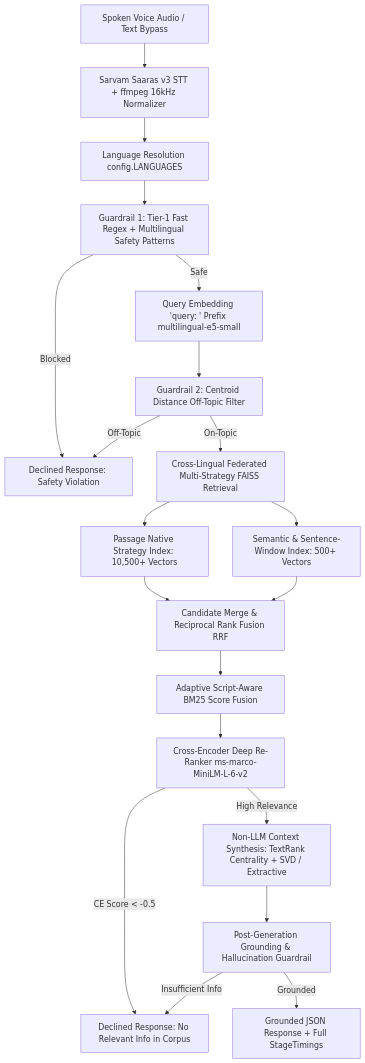
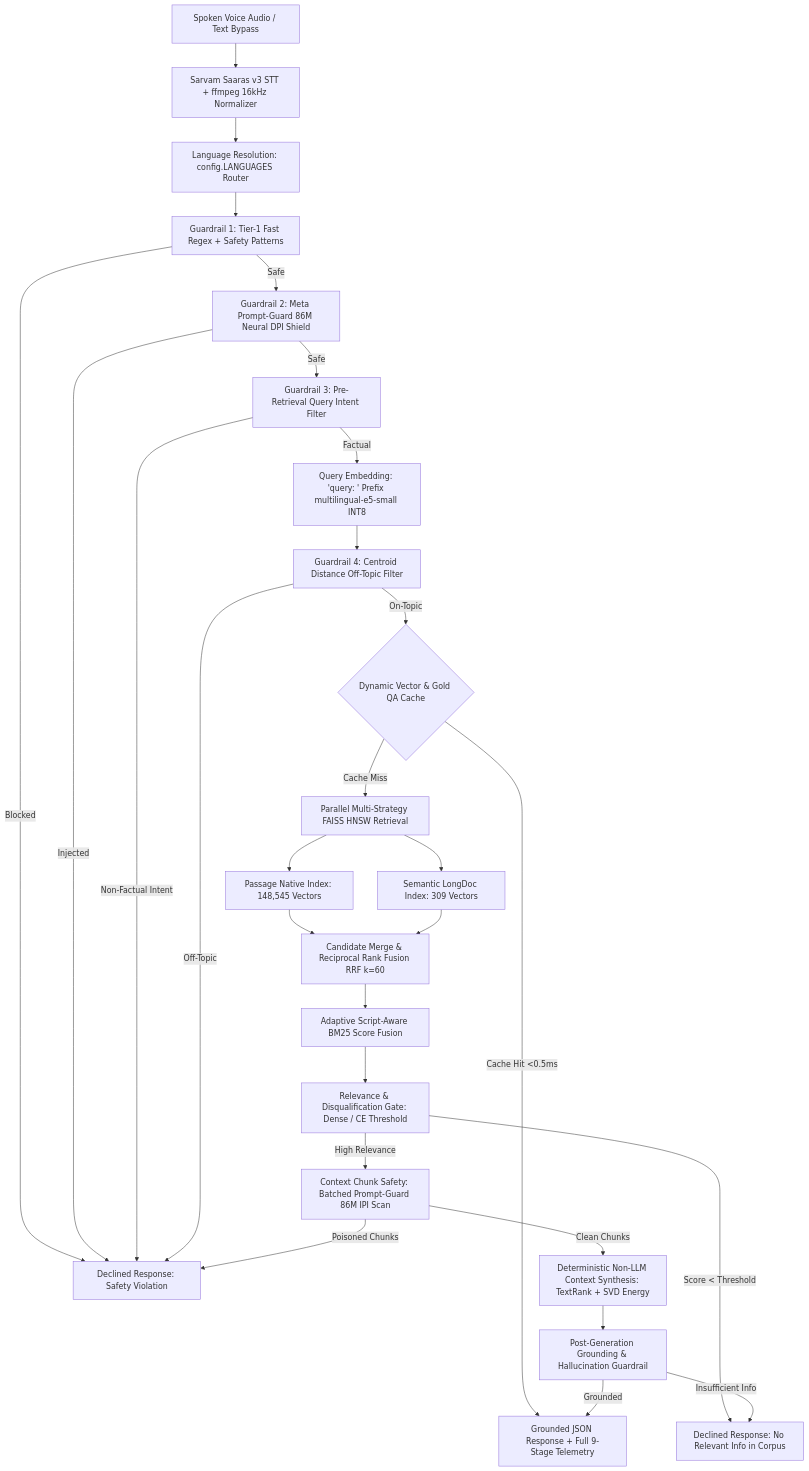
Before and after one commit to Anshsurana123/RAGINGOA: the diagram in README.md, drawn with Mermaid. The commit also changed other lines of this file and 5 other files, not shown here.

Commit message:
docs: update README with accurate numbers, architecture, 4-tier guardrails and retrieval benchmark results

````diff
--- a/README.md
+++ b/README.md
@@ -23,22 +25,30 @@
 ```mermaid
 graph TD
     A[Spoken Voice Audio / Text Bypass] --> B[Sarvam Saaras v3 STT + ffmpeg 16kHz Normalizer]
-    B --> C[Language Resolution config.LANGUAGES]
-    C --> D[Guardrail 1: Tier-1 Fast Regex + Multilingual Safety Patterns]
-    D -- Safe --> E[Query Embedding 'query: ' Prefix multilingual-e5-small]
+    B --> C[Language Resolution: config.LANGUAGES Router]
+    C --> D[Guardrail 1: Tier-1 Fast Regex + Safety Patterns]
+    D -- Safe --> PG[Guardrail 2: Meta Prompt-Guard 86M Neural DPI Shield]
     D -- Blocked --> X[Declined Response: Safety Violation]
-    E --> F[Guardrail 2: Centroid Distance Off-Topic Filter]
+    PG -- Safe --> IF[Guardrail 3: Pre-Retrieval Query Intent Filter]
+    PG -- Injected --> X
+    IF -- Factual --> E[Query Embedding: 'query: ' Prefix multilingual-e5-small INT8]
+    IF -- Non-Factual Intent --> X
+    E --> F[Guardrail 4: Centroid Distance Off-Topic Filter]
     F -- Off-Topic --> X
-    F -- On-Topic --> G[Cross-Lingual Federated Multi-Strategy FAISS Retrieval]
-    G --> H1[Passage Native Strategy Index: 10,500+ Vectors]
-    G --> H2[Semantic & Sentence-Window Index: 500+ Vectors]
-    H1 --> I[Candidate Merge & Reciprocal Rank Fusion RRF]
+    F -- On-Topic --> CACHE{Dynamic Vector & Gold QA Cache}
+    CACHE -- Cache Hit <0.5ms --> N[Grounded Response + Zero-Latency Fast Path]
+    CACHE -- Cache Miss --> G[Parallel Multi-Strategy FAISS HNSW Retrieval]
+    G --> H1[Passage Native Index: 148,545 Vectors]
+    G --> H2[Semantic LongDoc Index: 309 Vectors]
+    H1 --> I[Candidate Merge & Reciprocal Rank Fusion RRF k=60]
     H2 --> I
     I --> J[Adaptive Script-Aware BM25 Score Fusion]
-    J --> K[Cross-Encoder Deep Re-Ranker ms-marco-MiniLM-L-6-v2]
-    K -- CE Score < -0.5 --> Y[Declined Response: No Relevant Info in Corpus]
-    K -- High Relevance --> L[Non-LLM Context Synthesis: TextRank Centrality + SVD / Extractive]
+    J --> K[Relevance & Disqualification Gate: Dense / CE Threshold]
+    K -- Score < Threshold --> Y[Declined Response: No Relevant Info in Corpus]
+    K -- High Relevance --> CS[Context Chunk Safety: Batched Prompt-Guard 86M IPI Scan]
+    CS -- Poisoned Chunks --> X
+    CS -- Clean Chunks --> L[Deterministic Non-LLM Context Synthesis: TextRank + SVD Energy]
     L --> M[Post-Generation Grounding & Hallucination Guardrail]
-    M -- Grounded --> N[Grounded JSON Response + Full StageTimings]
+    M -- Grounded --> N[Grounded JSON Response + Full 9-Stage Telemetry]
     M -- Insufficient Info --> Y
 ```
````
